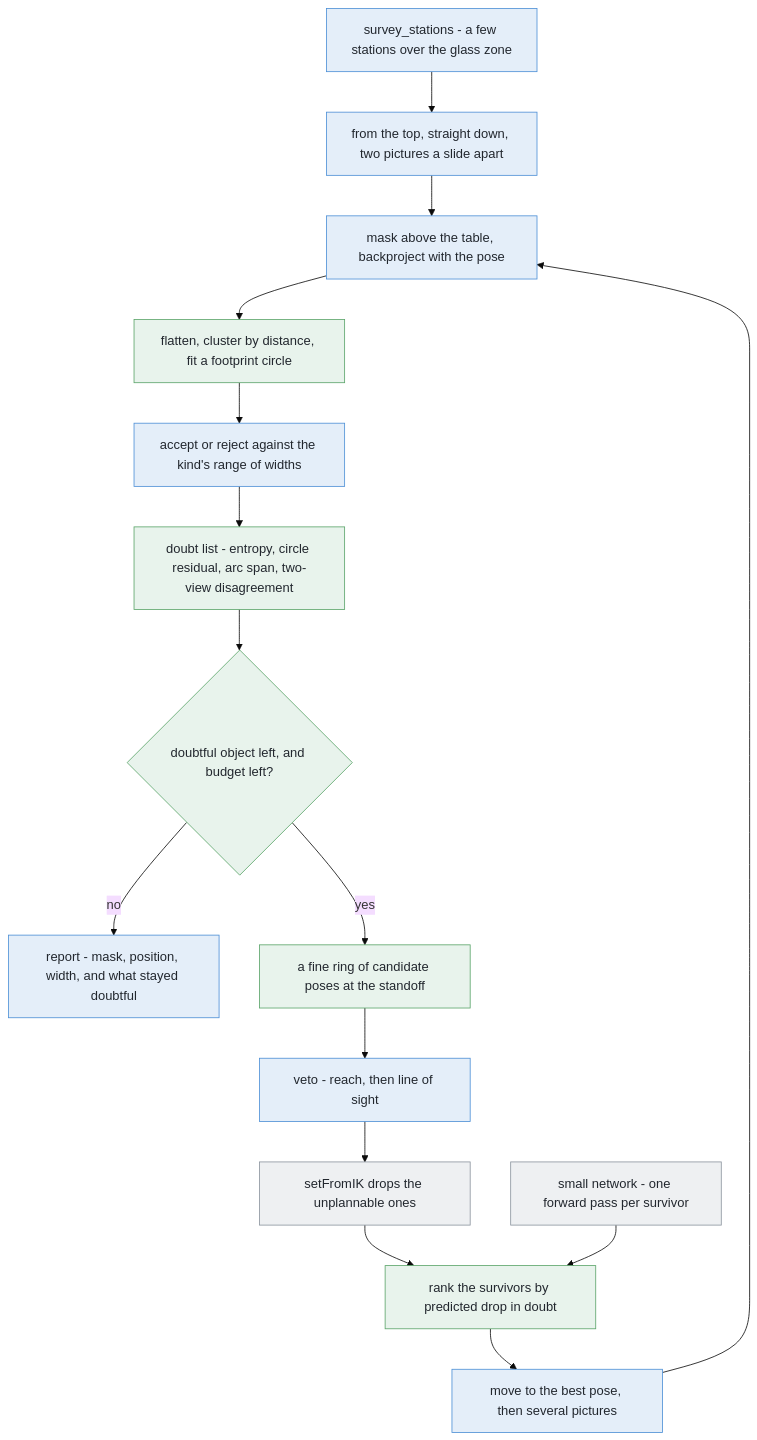
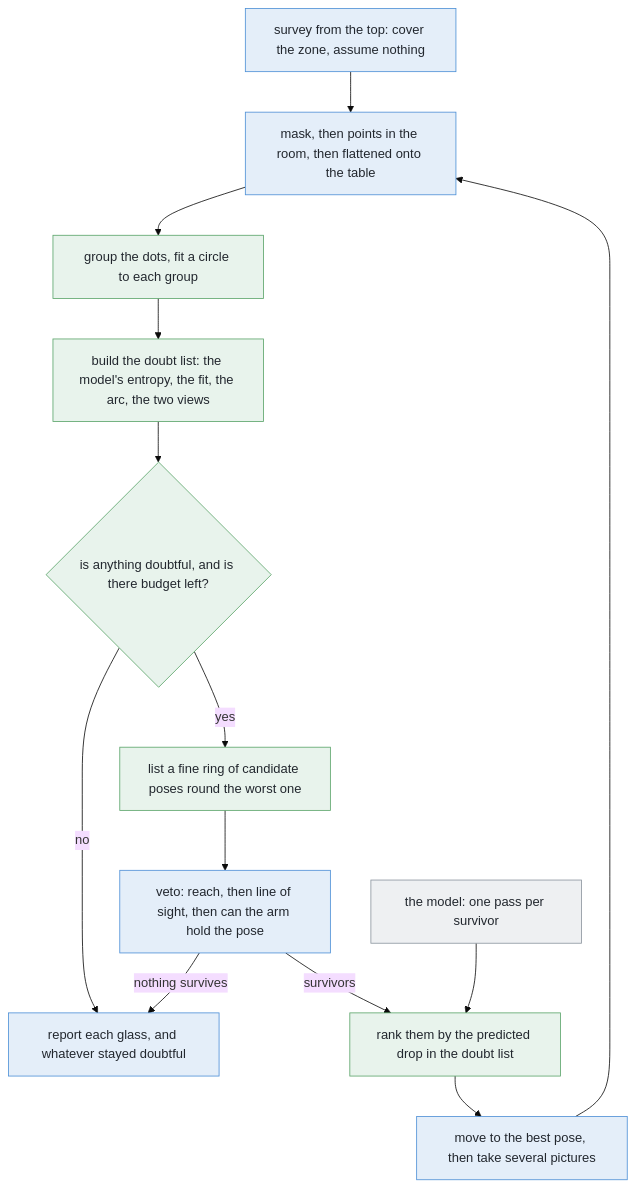
One commit to RobinNagpal/robot-arm-projects changed the diagram in v5-pick-glasses/docs/problem-2/solutions/04-learned-doubt-steers-the-next-picture.md. Above: the diagram before and after it, drawn with Mermaid (base theme). The commit also changed other lines of this file, not shown here.

````diff
--- a/v5-pick-glasses/docs/problem-2/solutions/04-learned-doubt-steers-the-next-picture.md
+++ b/v5-pick-glasses/docs/problem-2/solutions/04-learned-doubt-steers-the-next-picture.md
@@ -269,32 +321,26 @@
 ```mermaid
 flowchart TD
-    E1["survey_stations - a few stations over the glass zone"] --> E2["from the top, straight down, two pictures a slide apart"]
-    E2 --> E3["mask above the table, backproject with the pose"]
-    E3 --> N1["flatten, cluster by distance, fit a footprint circle"]
-    N1 --> E4["accept or reject against the kind's range of widths"]
-    E4 --> N2["doubt list - entropy, circle residual, arc span, two-view disagreement"]
-    N2 --> D{"doubtful object left, and budget left?"}
-    D -- no --> E5["report - mask, position, width, and what stayed doubtful"]
-    D -- yes --> N3["a fine ring of candidate poses at the standoff"]
-    N3 --> E6["veto - reach, then line of sight"]
-    E6 --> L1["setFromIK drops the unplannable ones"]
-    L1 --> N4["rank the survivors by predicted drop in doubt"]
-    L2["small network - one forward pass per survivor"] --> N4
-    N4 --> E7["move to the best pose, then several pictures"]
-    E7 --> E3
-
+    E1["survey from the top: cover the zone, assume nothing"] --> E2["mask, then points in the room, then flattened onto the table"]
+    E2 --> E3["group the dots, fit a circle to each group"]
+    E3 --> N1["build the doubt list: the model's entropy, the fit, the arc, the two views"]
+    N1 --> D{"is anything doubtful, and is there budget left?"}
+    D -->|"no"| E5["report each glass, and whatever stayed doubtful"]
+    D -->|"yes"| N3["list a fine ring of candidate poses round the worst one"]
+    N3 --> E6["veto: reach, then line of sight, then can the arm hold the pose"]
+    E6 -->|"nothing survives"| E5
+    E6 -->|"survivors"| N4["rank them by the predicted drop in the doubt list"]
+    L2["the model: one pass per survivor"] --> N4
+    N4 --> E7["move to the best pose, then take several pictures"]
+    E7 --> E2
+    style E1 fill:#e4eef9,stroke:#4c8fd6,color:#22272e
+    style E2 fill:#e4eef9,stroke:#4c8fd6,color:#22272e
+    style E5 fill:#e4eef9,stroke:#4c8fd6,color:#22272e
+    style E6 fill:#e4eef9,stroke:#4c8fd6,color:#22272e
+    style E7 fill:#e4eef9,stroke:#4c8fd6,color:#22272e
+    style E3 fill:#e8f3ec,stroke:#5aa469,color:#22272e
     style N1 fill:#e8f3ec,stroke:#5aa469,color:#22272e
-    style N2 fill:#e8f3ec,stroke:#5aa469,color:#22272e
     style N3 fill:#e8f3ec,stroke:#5aa469,color:#22272e
     style N4 fill:#e8f3ec,stroke:#5aa469,color:#22272e
     style D fill:#e8f3ec,stroke:#5aa469,color:#22272e
-    style E1 fill:#e4eef9,stroke:#4c8fd6,color:#22272e
-    style E2 fill:#e4eef9,stroke:#4c8fd6,color:#22272e
-    style E3 fill:#e4eef9,stroke:#4c8fd6,color:#22272e
-    style E4 fill:#e4eef9,stroke:#4c8fd6,color:#22272e
-    style E5 fill:#e4eef9,stroke:#4c8fd6,color:#22272e
-    style E6 fill:#e4eef9,stroke:#4c8fd6,color:#22272e
-    style E7 fill:#e4eef9,stroke:#4c8fd6,color:#22272e
-    style L1 fill:#eef0f2,stroke:#8b949e,color:#22272e
     style L2 fill:#eef0f2,stroke:#8b949e,color:#22272e
 ```
````
